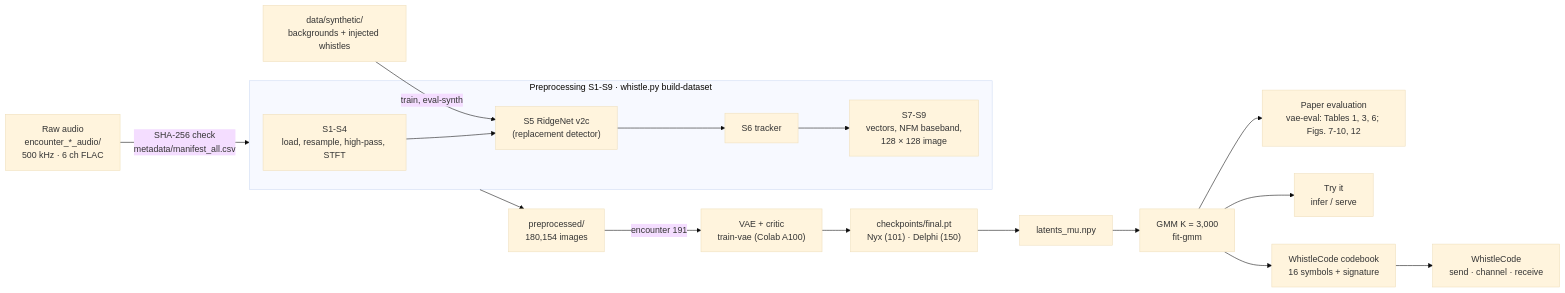
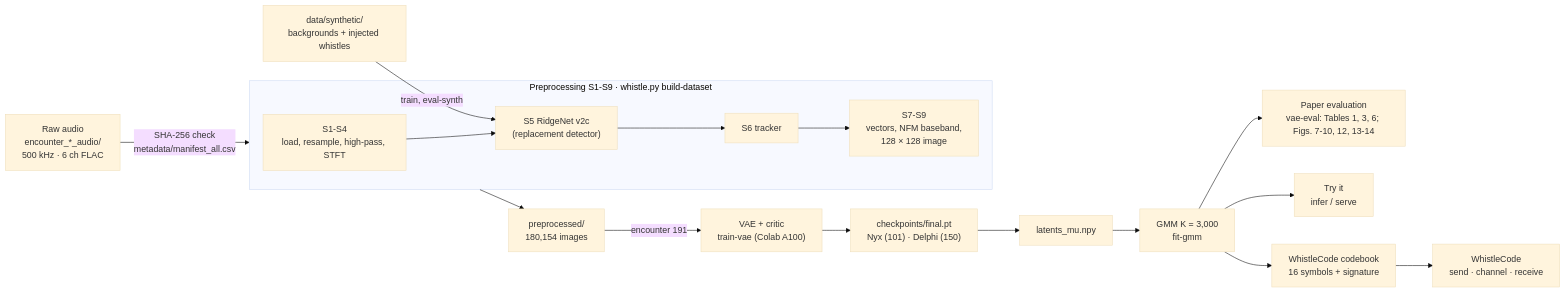
Before and after one commit to Brindanjali/cetacean_whistle_reproduction: the first of 3 diagrams in docs/ARCHITECTURE.md, drawn with Mermaid (base theme). The commit also changed 16 other files, not shown here.

````diff
--- a/docs/ARCHITECTURE.md
+++ b/docs/ARCHITECTURE.md
@@ -7,16 +7,16 @@
 ```mermaid
 flowchart LR
     RAW["Raw audio<br/>encounter_*_audio/<br/>500 kHz · 6 ch FLAC"] -->|SHA-256 check<br/>metadata/manifest_all.csv| PRE
     subgraph PRE["Preprocessing S1-S9 · whistle.py build-dataset"]
         S14["S1-S4<br/>load, resample, high-pass, STFT"] --> S5["S5 RidgeNet v2c<br/>(replacement detector)"] --> S6["S6 tracker"] --> S79["S7-S9<br/>vectors, NFM baseband,<br/>128 × 128 image"]
     end
     PRE --> DS["preprocessed/<br/>180,154 images"]
     DS -->|encounter 191| VAE["VAE + critic<br/>train-vae (Colab A100)"]
     VAE --> CK["checkpoints/final.pt<br/>Nyx (101) · Delphi (150)"]
     CK --> LAT["latents_mu.npy"] --> GMM["GMM K = 3,000<br/>fit-gmm"]
-    GMM --> EVAL["Paper evaluation<br/>vae-eval: Tables 1, 3, 6; Figs. 7-10, 12"]
+    GMM --> EVAL["Paper evaluation<br/>vae-eval: Tables 1, 3, 6; Figs. 7-10, 12, 13-14"]
     GMM --> TRY["Try it<br/>infer / serve"]
     GMM --> CB["WhistleCode codebook<br/>16 symbols + signature"]
     CB --> WC["WhistleCode<br/>send · channel · receive"]
     SYN["data/synthetic/<br/>backgrounds + injected whistles"] -->|train, eval-synth| S5
 ```
````
